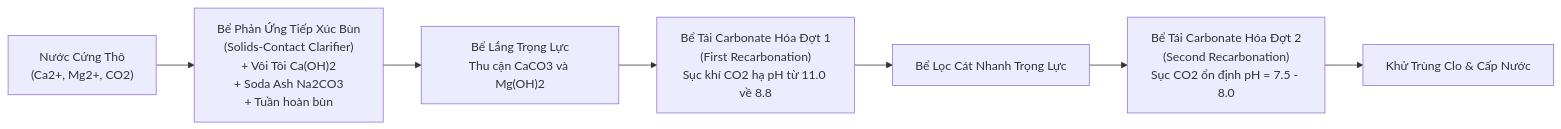
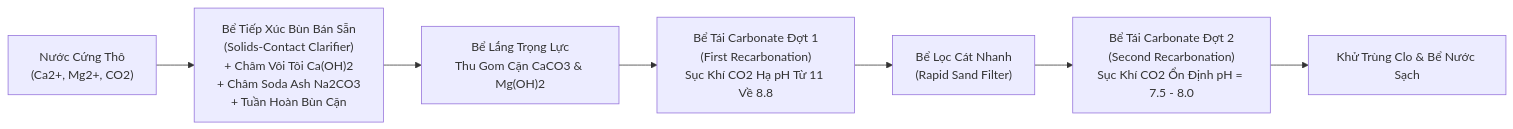
Before and after one commit to nguyendoanhcmut/hcmut-263-branches: diagram 11 of 12 in kt-xu-ly-nuoc-cap/fragments/ch01_branches.md, drawn with Mermaid. The commit also changed other lines of this file and 12 other files, not shown here.

First line of the commit message:
feat(water-treatment): rebuild branches mindmap to ASD-STE100 standard

````diff
--- a/kt-xu-ly-nuoc-cap/fragments/ch01_branches.md
+++ b/kt-xu-ly-nuoc-cap/fragments/ch01_branches.md
@@ -661,9 +1193,9 @@
 ```mermaid
 flowchart LR
-    A["Nước Cứng Thô\n(Ca2+, Mg2+, CO2)"] --> B["Bể Phản Ứng Tiếp Xúc Bùn\n(Solids-Contact Clarifier)\n+ Vôi Tôi Ca(OH)2\n+ Soda Ash Na2CO3\n+ Tuần hoàn bùn"]
-    B --> C["Bể Lắng Trọng Lực\nThu cặn CaCO3 và Mg(OH)2"]
-    C --> D["Bể Tái Carbonate Hóa Đợt 1\n(First Recarbonation)\nSục khí CO2 hạ pH từ 11.0 về 8.8"]
-    D --> E["Bể Lọc Cát Nhanh Trọng Lực"]
-    E --> F["Bể Tái Carbonate Hóa Đợt 2\n(Second Recarbonation)\nSục CO2 ổn định pH = 7.5 - 8.0"]
-    F --> G["Khử Trùng Clo & Cấp Nước"]
+    A["Nước Cứng Thô\n(Ca2+, Mg2+, CO2)"] --> B["Bể Tiếp Xúc Bùn Bán Sẵn\n(Solids-Contact Clarifier)\n+ Châm Vôi Tôi Ca(OH)2\n+ Châm Soda Ash Na2CO3\n+ Tuần Hoàn Bùn Cặn"]
+    B --> C["Bể Lắng Trọng Lực\nThu Gom Cặn CaCO3 & Mg(OH)2"]
+    C --> D["Bể Tái Carbonate Đợt 1\n(First Recarbonation)\nSục Khí CO2 Hạ pH Từ 11 Về 8.8"]
+    D --> E["Bể Lọc Cát Nhanh\n(Rapid Sand Filter)"]
+    E --> F["Bể Tái Carbonate Đợt 2\n(Second Recarbonation)\nSục Khí CO2 Ổn Định pH = 7.5 - 8.0"]
+    F --> G["Khử Trùng Clo & Bể Nước Sạch"]
 ```
````
